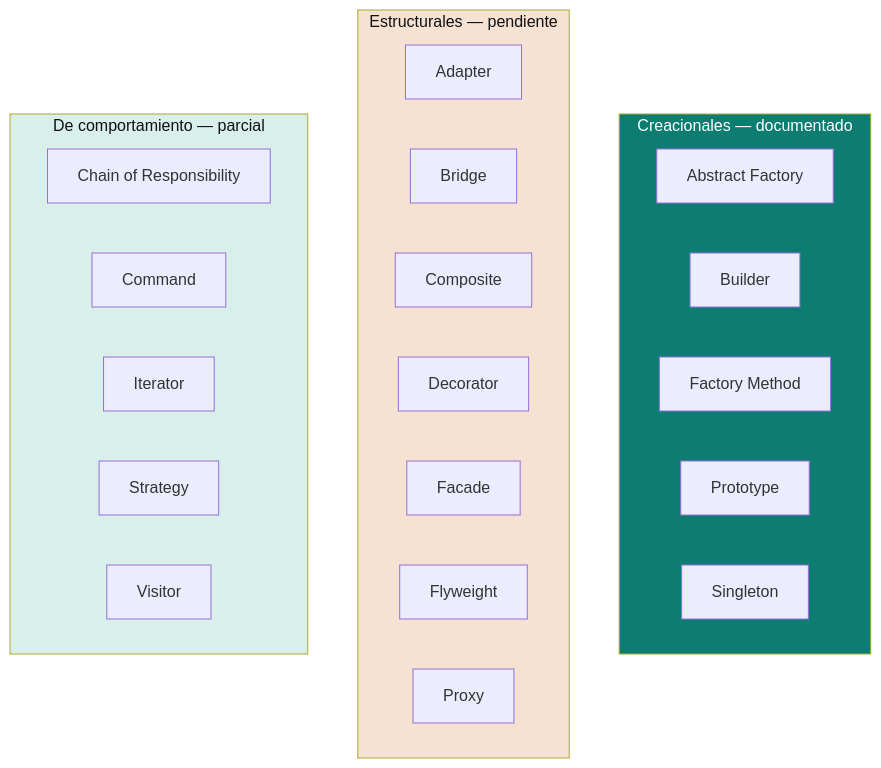
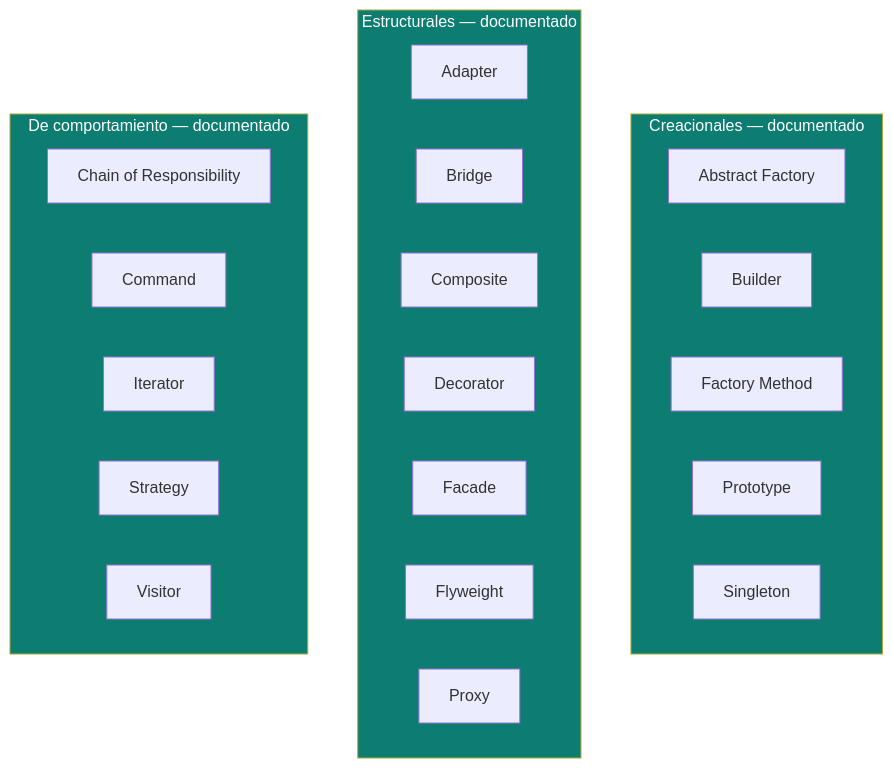
The diagram in design-pattern/README.md (edzamo/software-engineering), drawn with Mermaid before and after one commit. The commit also changed other lines of this file and 23 other files, not shown here.

First line of the commit message:
Add documentation for software architecture patterns and clean code principles

````diff
--- a/design-pattern/README.md
+++ b/design-pattern/README.md
@@ -7,30 +7,30 @@
 ```mermaid
 graph TB
     subgraph creacionales[" Creacionales — documentado "]
         AF["Abstract Factory"]
         B["Builder"]
         FM["Factory Method"]
         P["Prototype"]
         S["Singleton"]
     end
-    subgraph estructurales[" Estructurales — pendiente "]
+    subgraph estructurales[" Estructurales — documentado "]
         AD["Adapter"]
         BR["Bridge"]
         C["Composite"]
         D["Decorator"]
         F["Facade"]
         FL["Flyweight"]
         PR["Proxy"]
     end
-    subgraph comportamiento[" De comportamiento — parcial "]
+    subgraph comportamiento[" De comportamiento — documentado "]
         COR["Chain of Responsibility"]
         CMD["Command"]
         IT["Iterator"]
         ST["Strategy"]
         V["Visitor"]
     end
 
     style creacionales fill:#0d7d72,color:#fff
-    style estructurales fill:#f5e2d2,color:#111
-    style comportamiento fill:#d9efec,color:#111
+    style estructurales fill:#0d7d72,color:#fff
+    style comportamiento fill:#0d7d72,color:#fff
 ```
````
